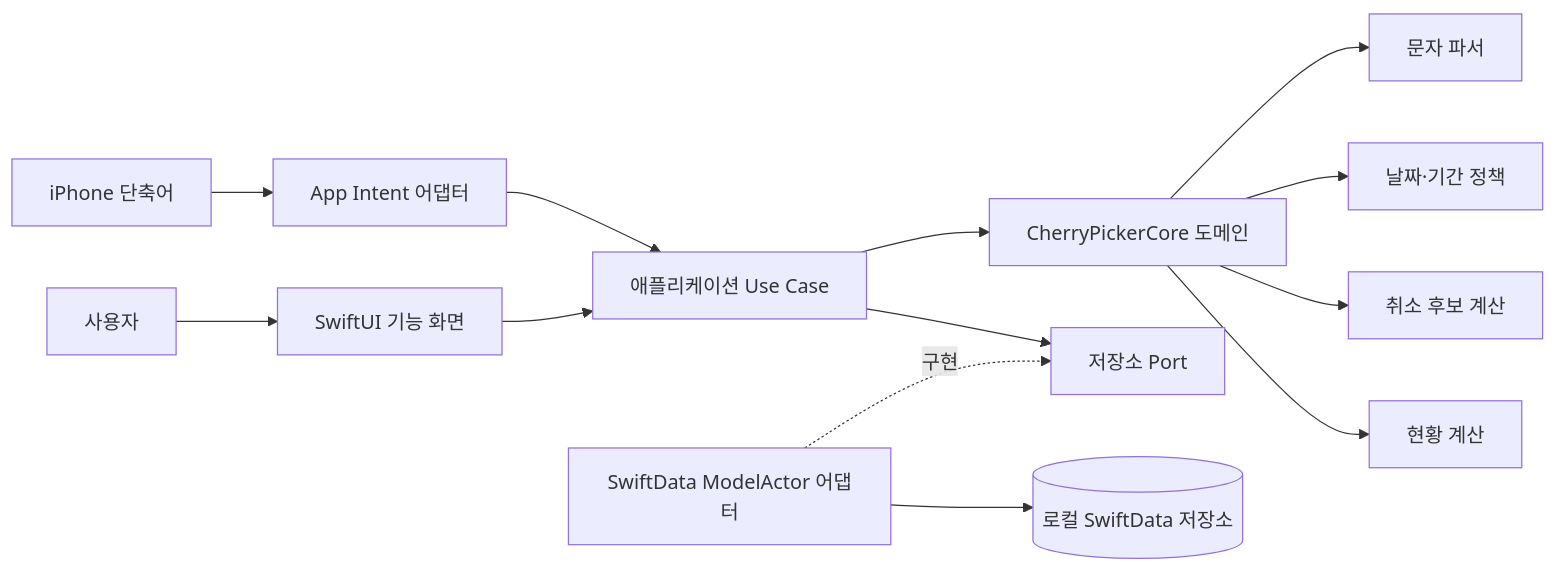
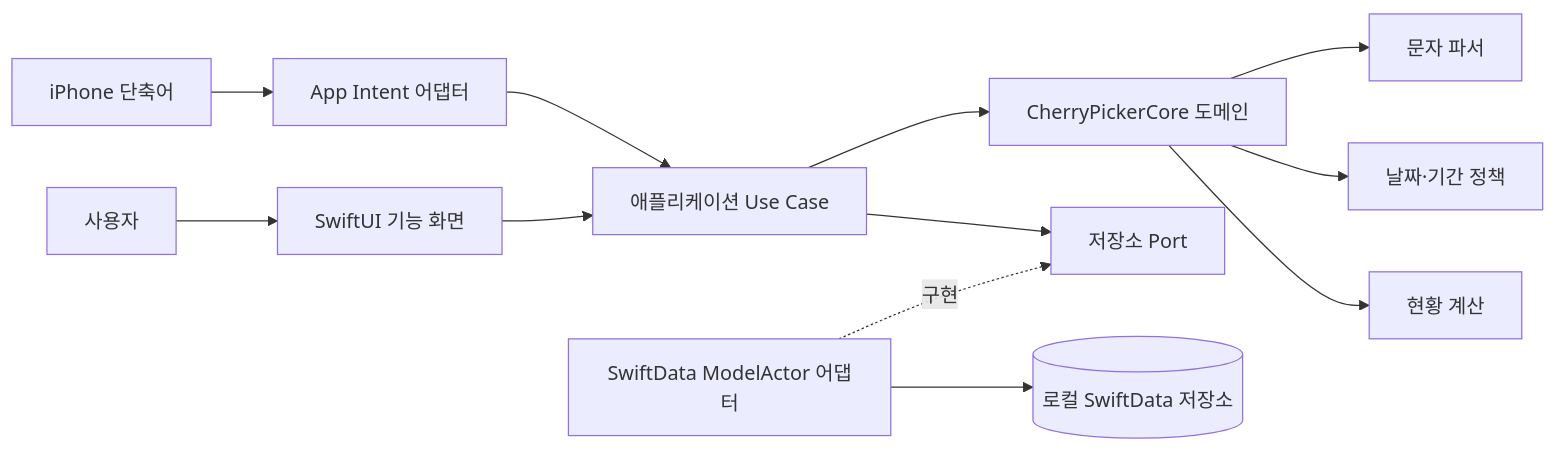
Before and after one commit to metishonora/CherryPicker: the first of 3 diagrams in docs/ARCHITECTURE.md, drawn with Mermaid. The commit also changed other lines of this file and 4 other files, not shown here.

````diff
--- a/docs/ARCHITECTURE.md
+++ b/docs/ARCHITECTURE.md
@@ -43,17 +45,16 @@
 ```mermaid
 flowchart LR
     Shortcut[iPhone 단축어] --> Intent[App Intent 어댑터]
     User[사용자] --> UI[SwiftUI 기능 화면]
 
     Intent --> UseCases[애플리케이션 Use Case]
     UI --> UseCases
     UseCases --> Core[CherryPickerCore 도메인]
     UseCases --> Ports[저장소 Port]
     Persistence[SwiftData ModelActor 어댑터] -. 구현 .-> Ports
     Persistence --> Store[(로컬 SwiftData 저장소)]
 
     Core --> Parser[문자 파서]
     Core --> DatePolicy[날짜·기간 정책]
-    Core --> Matcher[취소 후보 계산]
     Core --> Calculator[현황 계산]
 ```
````
